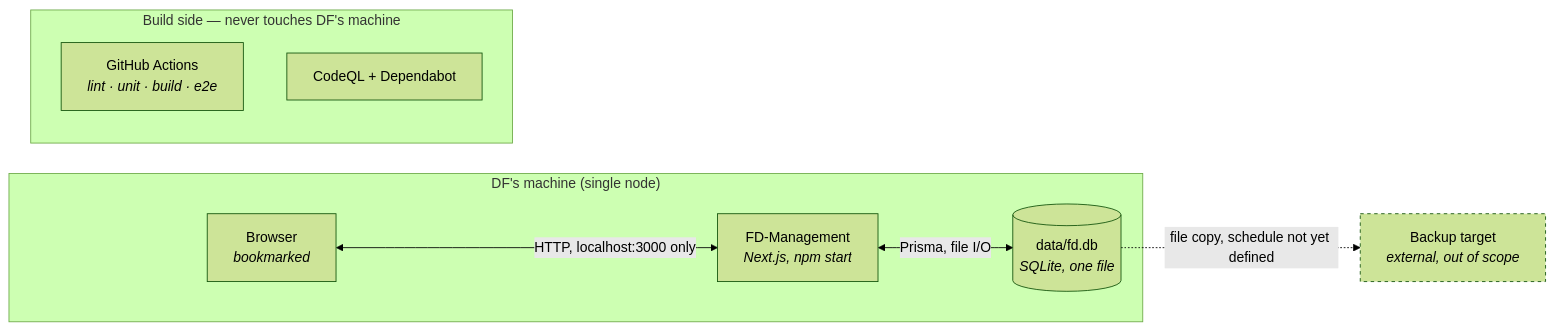
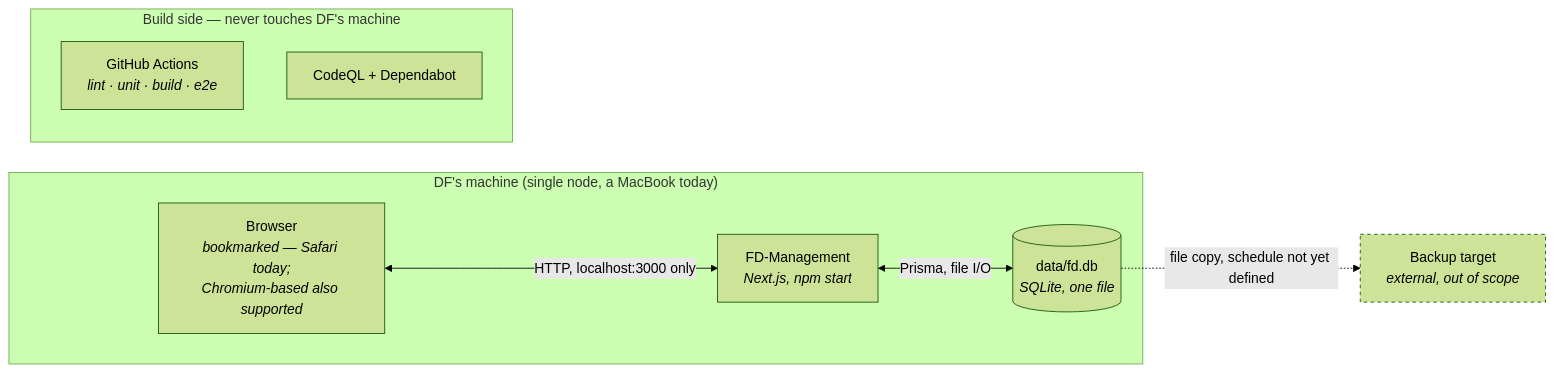
One commit to Lin0pan/FD-management changed the second of 2 diagrams in docs/architecture/03-context-and-scope.md. Above: the diagram before and after it, drawn with Mermaid (forest theme). The commit also changed 59 other files, not shown here.

First line of the commit message:
Gate Safari and Chromium, and type calendar days as TT.MM.JJJJ (#112)

````diff
--- a/docs/architecture/03-context-and-scope.md
+++ b/docs/architecture/03-context-and-scope.md
@@ -39,21 +39,21 @@
 ```mermaid
 flowchart LR
-    subgraph machine["DF's machine (single node)"]
-        browser["Browser<br/><i>bookmarked</i>"]
+    subgraph machine["DF's machine (single node, a MacBook today)"]
+        browser["Browser<br/><i>bookmarked — Safari today;<br/>Chromium-based also supported</i>"]
         app["FD-Management<br/><i>Next.js, npm start</i>"]
         db[("data/fd.db<br/><i>SQLite, one file</i>")]
         browser <-- "HTTP, localhost:3000 only" --> app
         app <-- "Prisma, file I/O" --> db
     end
 
     backup["Backup target<br/><i>external, out of scope</i>"]
     db -. "file copy, schedule not yet defined" .-> backup
 
     subgraph build["Build side — never touches DF's machine"]
         gh["GitHub Actions<br/><i>lint · unit · build · e2e</i>"]
         codeql["CodeQL + Dependabot"]
     end
 
     classDef gap stroke-dasharray: 4 4
     class backup gap
 ```
````
